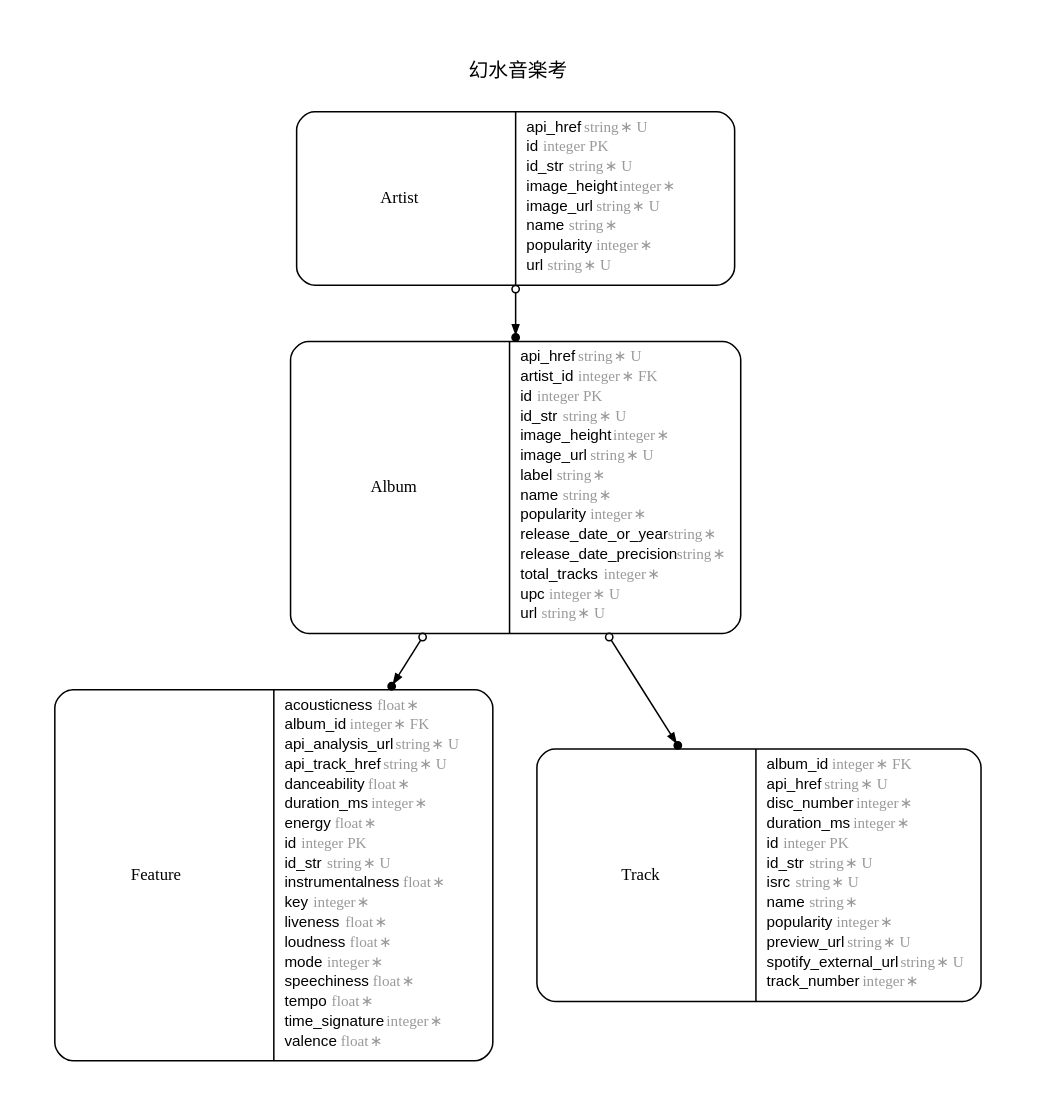
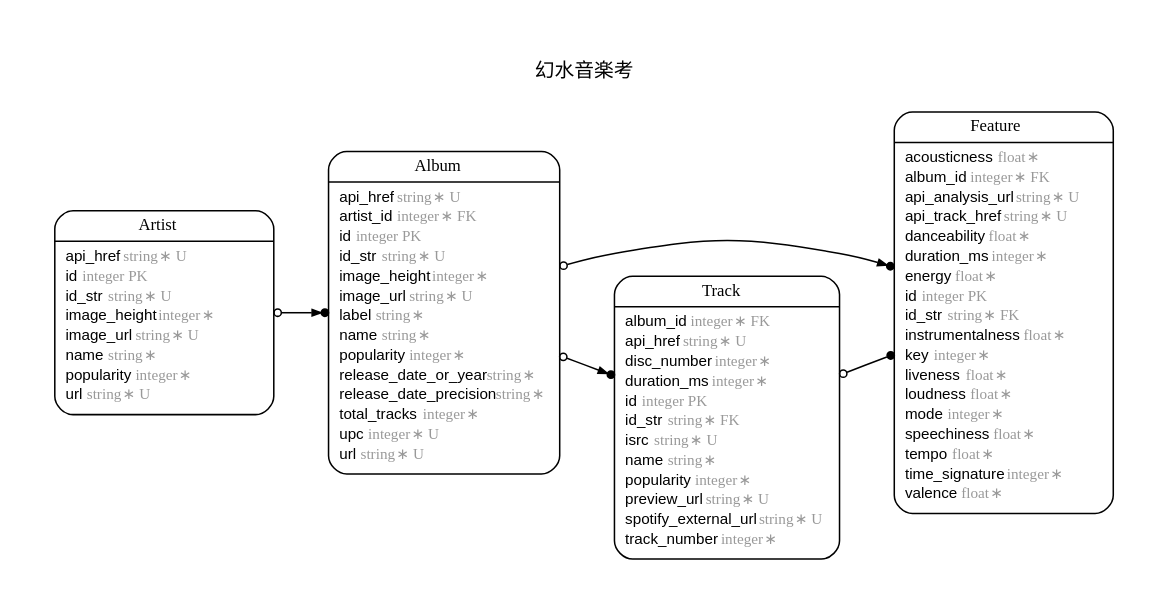
The diagram in db/erd.dot (nikukyugamer/suikoden-music-on-spotify), drawn with Graphviz before and after one commit.

Commit message:
feat: 🎸 db/erd.dot を更新した (#67)

```diff
--- a/db/erd.dot
+++ b/db/erd.dot
@@ -1,100 +1,101 @@
 digraph SuikodenMusicOnSpotify {
 rankdir = "LR";
 ranksep = "0.5";
 nodesep = "0.4";
 pad = "0.4,0.4";
 margin = "0,0";
 concentrate = "true";
 labelloc = "t";
 fontsize = "13";
 fontname = "Arial Bold";
 splines = "spline";
 node[ shape  =  "Mrecord" , fontsize  =  "10" , fontname  =  "Arial" , margin  =  "0.07,0.05" , penwidth  =  "1.0"];
 edge[ fontname  =  "Arial" , fontsize  =  "7" , dir  =  "both" , arrowsize  =  "0.9" , penwidth  =  "1.0" , labelangle  =  "32" , labeldistance  =  "1.8"];
-rankdir = "TB";
+rankdir = "LR";
 label = "幻水音楽考\n\n";
 splines = "spline";
 m_Album [label = <<table border="0" align="center" cellspacing="0.5" cellpadding="0" width="134">
   <tr><td align="center" valign="bottom" width="130"><font face="Arial Bold" point-size="11">Album</font></td></tr>
 </table>
 |
 <table border="0" align="left" cellspacing="2" cellpadding="0" width="134">
   <tr><td align="left" width="130" port="api_href">api_href <font face="Arial Italic" color="grey60">string ∗ U</font></td></tr>
   <tr><td align="left" width="130" port="artist_id">artist_id <font face="Arial Italic" color="grey60">integer ∗ FK</font></td></tr>
   <tr><td align="left" width="130" port="id">id <font face="Arial Italic" color="grey60">integer PK</font></td></tr>
   <tr><td align="left" width="130" port="id_str">id_str <font face="Arial Italic" color="grey60">string ∗ U</font></td></tr>
   <tr><td align="left" width="130" port="image_height">image_height <font face="Arial Italic" color="grey60">integer ∗</font></td></tr>
   <tr><td align="left" width="130" port="image_url">image_url <font face="Arial Italic" color="grey60">string ∗ U</font></td></tr>
   <tr><td align="left" width="130" port="label">label <font face="Arial Italic" color="grey60">string ∗</font></td></tr>
   <tr><td align="left" width="130" port="name">name <font face="Arial Italic" color="grey60">string ∗</font></td></tr>
   <tr><td align="left" width="130" port="popularity">popularity <font face="Arial Italic" color="grey60">integer ∗</font></td></tr>
   <tr><td align="left" width="130" port="release_date_or_year">release_date_or_year <font face="Arial Italic" color="grey60">string ∗</font></td></tr>
   <tr><td align="left" width="130" port="release_date_precision">release_date_precision <font face="Arial Italic" color="grey60">string ∗</font></td></tr>
   <tr><td align="left" width="130" port="total_tracks">total_tracks <font face="Arial Italic" color="grey60">integer ∗</font></td></tr>
   <tr><td align="left" width="130" port="upc">upc <font face="Arial Italic" color="grey60">integer ∗ U</font></td></tr>
   <tr><td align="left" width="130" port="url">url <font face="Arial Italic" color="grey60">string ∗ U</font></td></tr>
 </table>
 >];
 m_Artist [label = <<table border="0" align="center" cellspacing="0.5" cellpadding="0" width="134">
   <tr><td align="center" valign="bottom" width="130"><font face="Arial Bold" point-size="11">Artist</font></td></tr>
 </table>
 |
 <table border="0" align="left" cellspacing="2" cellpadding="0" width="134">
   <tr><td align="left" width="130" port="api_href">api_href <font face="Arial Italic" color="grey60">string ∗ U</font></td></tr>
   <tr><td align="left" width="130" port="id">id <font face="Arial Italic" color="grey60">integer PK</font></td></tr>
   <tr><td align="left" width="130" port="id_str">id_str <font face="Arial Italic" color="grey60">string ∗ U</font></td></tr>
   <tr><td align="left" width="130" port="image_height">image_height <font face="Arial Italic" color="grey60">integer ∗</font></td></tr>
   <tr><td align="left" width="130" port="image_url">image_url <font face="Arial Italic" color="grey60">string ∗ U</font></td></tr>
   <tr><td align="left" width="130" port="name">name <font face="Arial Italic" color="grey60">string ∗</font></td></tr>
   <tr><td align="left" width="130" port="popularity">popularity <font face="Arial Italic" color="grey60">integer ∗</font></td></tr>
   <tr><td align="left" width="130" port="url">url <font face="Arial Italic" color="grey60">string ∗ U</font></td></tr>
 </table>
 >];
 m_Feature [label = <<table border="0" align="center" cellspacing="0.5" cellpadding="0" width="134">
   <tr><td align="center" valign="bottom" width="130"><font face="Arial Bold" point-size="11">Feature</font></td></tr>
 </table>
 |
 <table border="0" align="left" cellspacing="2" cellpadding="0" width="134">
   <tr><td align="left" width="130" port="acousticness">acousticness <font face="Arial Italic" color="grey60">float ∗</font></td></tr>
   <tr><td align="left" width="130" port="album_id">album_id <font face="Arial Italic" color="grey60">integer ∗ FK</font></td></tr>
   <tr><td align="left" width="130" port="api_analysis_url">api_analysis_url <font face="Arial Italic" color="grey60">string ∗ U</font></td></tr>
   <tr><td align="left" width="130" port="api_track_href">api_track_href <font face="Arial Italic" color="grey60">string ∗ U</font></td></tr>
   <tr><td align="left" width="130" port="danceability">danceability <font face="Arial Italic" color="grey60">float ∗</font></td></tr>
   <tr><td align="left" width="130" port="duration_ms">duration_ms <font face="Arial Italic" color="grey60">integer ∗</font></td></tr>
   <tr><td align="left" width="130" port="energy">energy <font face="Arial Italic" color="grey60">float ∗</font></td></tr>
   <tr><td align="left" width="130" port="id">id <font face="Arial Italic" color="grey60">integer PK</font></td></tr>
-  <tr><td align="left" width="130" port="id_str">id_str <font face="Arial Italic" color="grey60">string ∗ U</font></td></tr>
+  <tr><td align="left" width="130" port="id_str">id_str <font face="Arial Italic" color="grey60">string ∗ FK</font></td></tr>
   <tr><td align="left" width="130" port="instrumentalness">instrumentalness <font face="Arial Italic" color="grey60">float ∗</font></td></tr>
   <tr><td align="left" width="130" port="key">key <font face="Arial Italic" color="grey60">integer ∗</font></td></tr>
   <tr><td align="left" width="130" port="liveness">liveness <font face="Arial Italic" color="grey60">float ∗</font></td></tr>
   <tr><td align="left" width="130" port="loudness">loudness <font face="Arial Italic" color="grey60">float ∗</font></td></tr>
   <tr><td align="left" width="130" port="mode">mode <font face="Arial Italic" color="grey60">integer ∗</font></td></tr>
   <tr><td align="left" width="130" port="speechiness">speechiness <font face="Arial Italic" color="grey60">float ∗</font></td></tr>
   <tr><td align="left" width="130" port="tempo">tempo <font face="Arial Italic" color="grey60">float ∗</font></td></tr>
   <tr><td align="left" width="130" port="time_signature">time_signature <font face="Arial Italic" color="grey60">integer ∗</font></td></tr>
   <tr><td align="left" width="130" port="valence">valence <font face="Arial Italic" color="grey60">float ∗</font></td></tr>
 </table>
 >];
 m_Track [label = <<table border="0" align="center" cellspacing="0.5" cellpadding="0" width="134">
   <tr><td align="center" valign="bottom" width="130"><font face="Arial Bold" point-size="11">Track</font></td></tr>
 </table>
 |
 <table border="0" align="left" cellspacing="2" cellpadding="0" width="134">
   <tr><td align="left" width="130" port="album_id">album_id <font face="Arial Italic" color="grey60">integer ∗ FK</font></td></tr>
   <tr><td align="left" width="130" port="api_href">api_href <font face="Arial Italic" color="grey60">string ∗ U</font></td></tr>
   <tr><td align="left" width="130" port="disc_number">disc_number <font face="Arial Italic" color="grey60">integer ∗</font></td></tr>
   <tr><td align="left" width="130" port="duration_ms">duration_ms <font face="Arial Italic" color="grey60">integer ∗</font></td></tr>
   <tr><td align="left" width="130" port="id">id <font face="Arial Italic" color="grey60">integer PK</font></td></tr>
-  <tr><td align="left" width="130" port="id_str">id_str <font face="Arial Italic" color="grey60">string ∗ U</font></td></tr>
+  <tr><td align="left" width="130" port="id_str">id_str <font face="Arial Italic" color="grey60">string ∗ FK</font></td></tr>
   <tr><td align="left" width="130" port="isrc">isrc <font face="Arial Italic" color="grey60">string ∗ U</font></td></tr>
   <tr><td align="left" width="130" port="name">name <font face="Arial Italic" color="grey60">string ∗</font></td></tr>
   <tr><td align="left" width="130" port="popularity">popularity <font face="Arial Italic" color="grey60">integer ∗</font></td></tr>
   <tr><td align="left" width="130" port="preview_url">preview_url <font face="Arial Italic" color="grey60">string ∗ U</font></td></tr>
   <tr><td align="left" width="130" port="spotify_external_url">spotify_external_url <font face="Arial Italic" color="grey60">string ∗ U</font></td></tr>
   <tr><td align="left" width="130" port="track_number">track_number <font face="Arial Italic" color="grey60">integer ∗</font></td></tr>
 </table>
 >];
   m_Album -> m_Track [arrowsize = "0.6", arrowhead = "dotnormal", arrowtail = "odot", weight = "2"];
+  m_Track -> m_Feature [arrowsize = "0.6", arrowhead = "dot", arrowtail = "odot", weight = "2"];
   m_Album -> m_Feature [arrowsize = "0.6", arrowhead = "dotnormal", arrowtail = "odot", weight = "2"];
   m_Artist -> m_Album [arrowsize = "0.6", arrowhead = "dotnormal", arrowtail = "odot", weight = "2"];
 }
```
